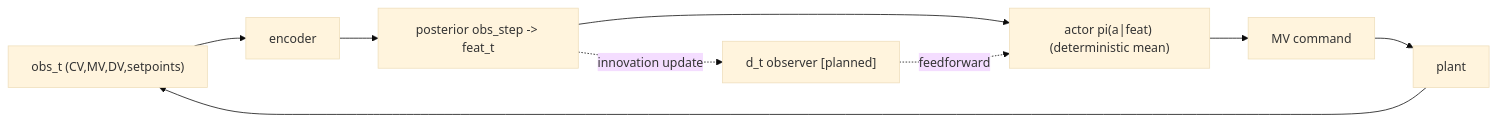
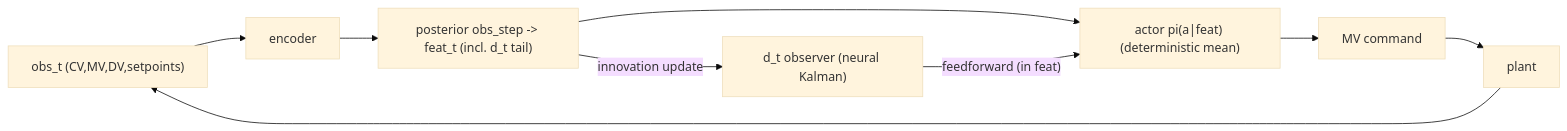
Before and after one commit to koitkam/neural-apc-mbrl2: the second of 3 diagrams in docs/architecture.md, drawn with Mermaid (base theme). The commit also changed other lines of this file, not shown here.

First line of the commit message:
docs(architecture): mark DOB feedforward (Scope 2) shipped + add staged-curriculum section

````diff
--- a/docs/architecture.md
+++ b/docs/architecture.md
@@ -108,11 +108,11 @@
 ```mermaid
 flowchart LR
   OBS["obs_t (CV,MV,DV,setpoints)"] --> ENC["encoder"]
-  ENC --> POST["posterior obs_step -> feat_t"]
+  ENC --> POST["posterior obs_step -> feat_t (incl. d_t tail)"]
   POST --> POL["actor pi(a|feat) (deterministic mean)"]
-  DOBS["d_t observer  [planned]"] -. feedforward .-> POL
-  POST -. innovation update .-> DOBS
+  DOBS["d_t observer (neural Kalman)"] -->|"feedforward (in feat)"| POL
+  POST -->|"innovation update"| DOBS
   POL --> MV["MV command"]
   MV --> PLANT["plant"]
   PLANT --> OBS
 ```
````
